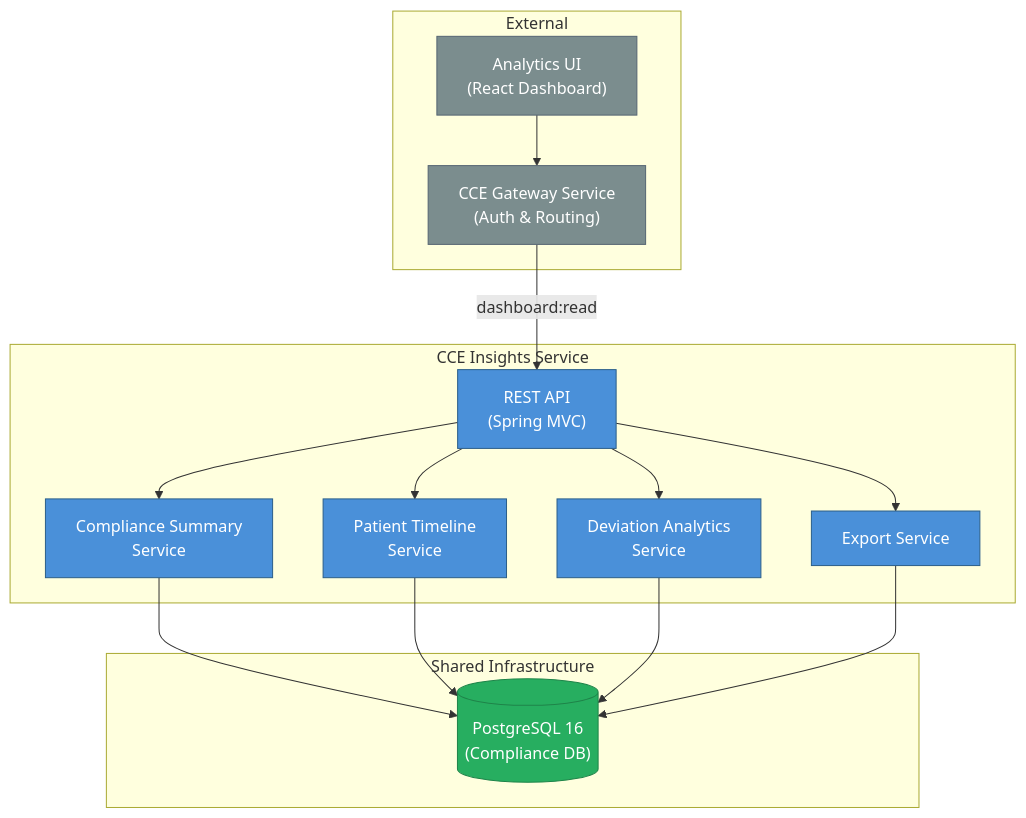
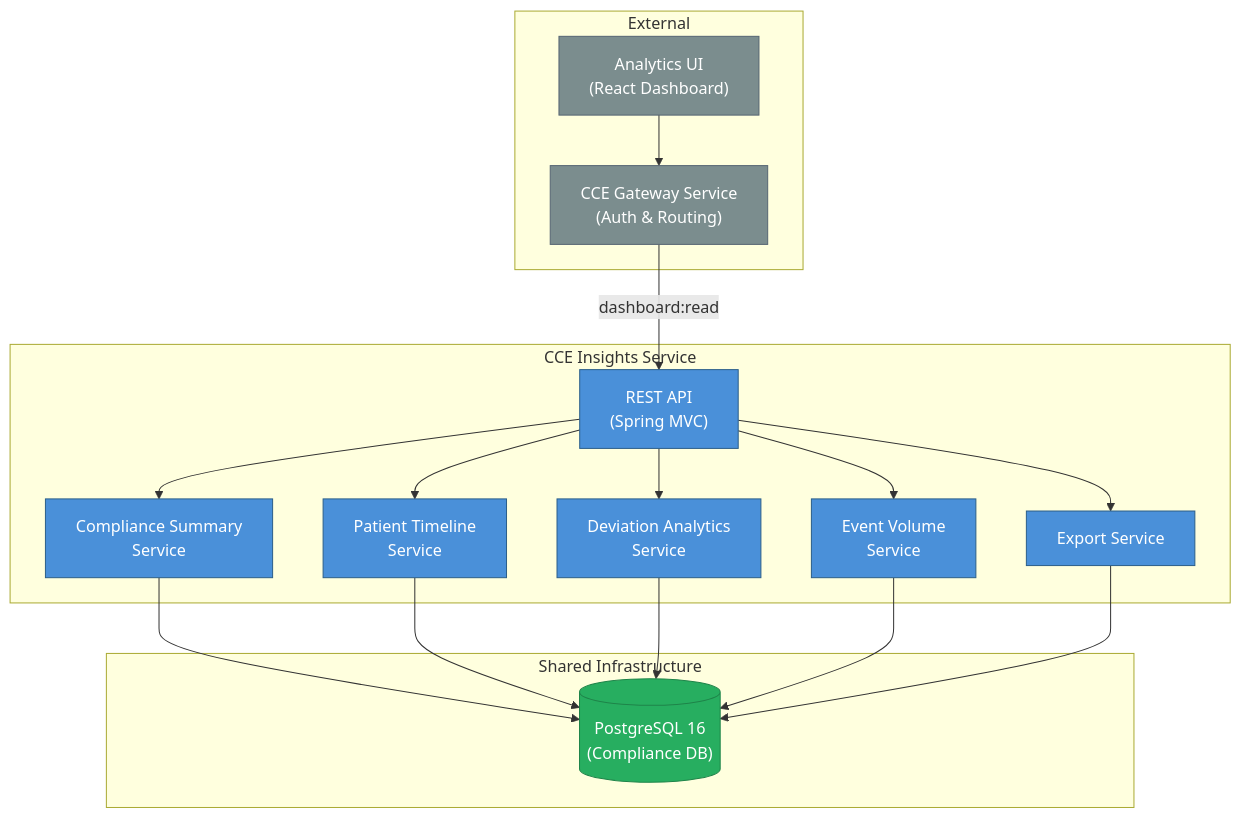
The diagram in docs/architecture-overview.md (AjishaVayoli-Tarento/cce-insights-service), drawn with Mermaid before and after one commit. The commit also changed other lines of this file and 6 other files, not shown here.

````diff
--- a/docs/architecture-overview.md
+++ b/docs/architecture-overview.md
@@ -9,38 +9,41 @@
 ```mermaid
 graph TB
     subgraph External
         UI["Analytics UI<br/>(React Dashboard)"]
         GATEWAY["CCE Gateway Service<br/>(Auth & Routing)"]
     end
 
     subgraph CCE Insights Service
         API["REST API<br/>(Spring MVC)"]
         SUMMARY["Compliance Summary<br/>Service"]
         TIMELINE["Patient Timeline<br/>Service"]
         DEVIATION["Deviation Analytics<br/>Service"]
+        EVENTVOLUME["Event Volume<br/>Service"]
         EXPORT["Export Service"]
     end
 
     subgraph Shared Infrastructure
         DB[("PostgreSQL 16<br/>(Compliance DB)")]
     end
 
     UI --> GATEWAY
     GATEWAY -->|"dashboard:read"| API
     API --> SUMMARY
     API --> TIMELINE
     API --> DEVIATION
+    API --> EVENTVOLUME
     API --> EXPORT
     SUMMARY --> DB
     TIMELINE --> DB
     DEVIATION --> DB
+    EVENTVOLUME --> DB
     EXPORT --> DB
 
     classDef service fill:#4A90D9,stroke:#2C5F8A,color:white
     classDef external fill:#7B8D8E,stroke:#566573,color:white
     classDef data fill:#27AE60,stroke:#1E8449,color:white
 
-    class API,SUMMARY,TIMELINE,DEVIATION,EXPORT service
+    class API,SUMMARY,TIMELINE,DEVIATION,EVENTVOLUME,EXPORT service
     class UI,GATEWAY external
     class DB data
 ```
````
